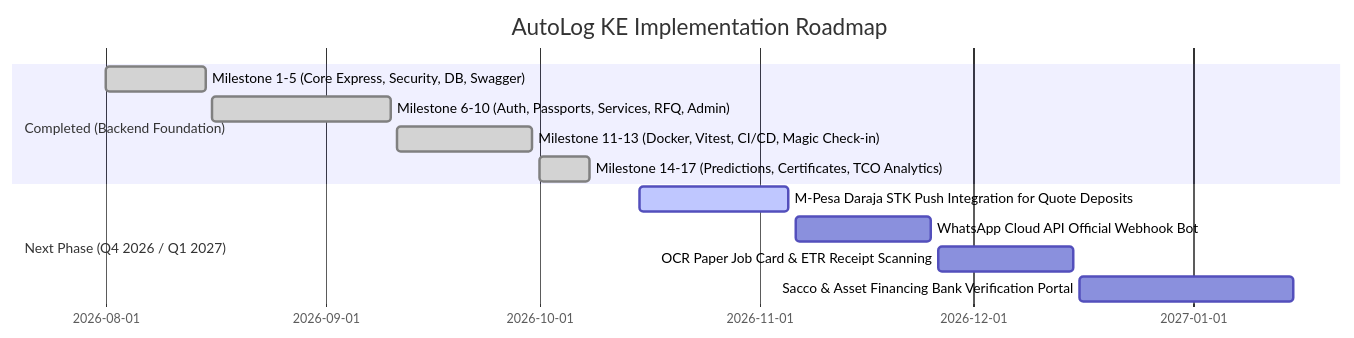
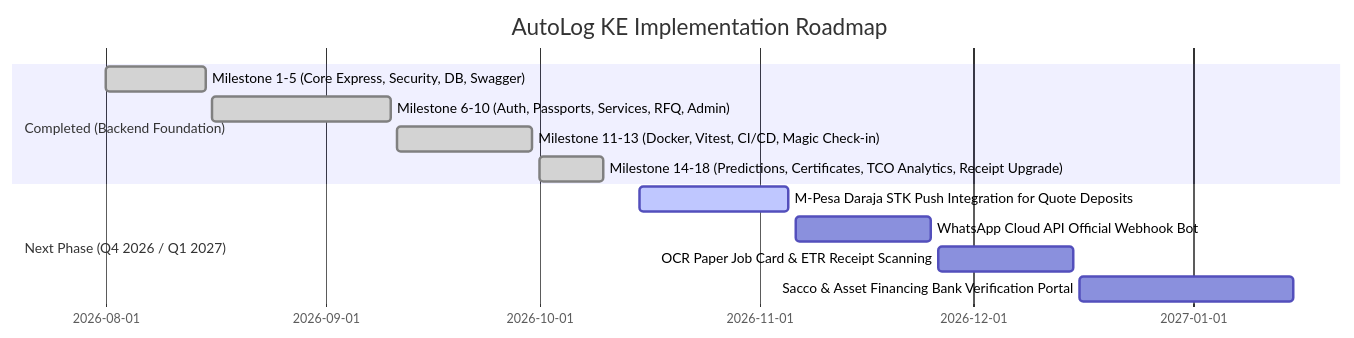
Before and after one commit to musaCODEzz/autolog-backend: the diagram in docs/SYSTEM_LOOPHOLES_AND_IMPLEMENTATION.md, drawn with Mermaid. The commit also changed other lines of this file and 5 other files, not shown here.

Commit message:
docs: synchronize platform overview, PRD, README, and master architecture docs with 81 tests and receipt upgrade flow

````diff
--- a/docs/SYSTEM_LOOPHOLES_AND_IMPLEMENTATION.md
+++ b/docs/SYSTEM_LOOPHOLES_AND_IMPLEMENTATION.md
@@ -53,15 +53,15 @@
 ```mermaid
 gantt
     title AutoLog KE Implementation Roadmap
     dateFormat  YYYY-MM-DD
     section Completed (Backend Foundation)
     Milestone 1-5 (Core Express, Security, DB, Swagger) :done, 2026-08-01, 2026-08-15
     Milestone 6-10 (Auth, Passports, Services, RFQ, Admin) :done, 2026-08-16, 2026-09-10
     Milestone 11-13 (Docker, Vitest, CI/CD, Magic Check-in) :done, 2026-09-11, 2026-09-30
-    Milestone 14-17 (Predictions, Certificates, TCO Analytics) :done, 2026-10-01, 2026-10-08
+    Milestone 14-18 (Predictions, Certificates, TCO Analytics, Receipt Upgrade) :done, 2026-10-01, 2026-10-10
     section Next Phase (Q4 2026 / Q1 2027)
     M-Pesa Daraja STK Push Integration for Quote Deposits :active, 2026-10-15, 2026-11-05
     WhatsApp Cloud API Official Webhook Bot : 2026-11-06, 2026-11-25
     OCR Paper Job Card & ETR Receipt Scanning : 2026-11-26, 2026-12-15
     Sacco & Asset Financing Bank Verification Portal : 2026-12-16, 2027-01-15
 ```
````
